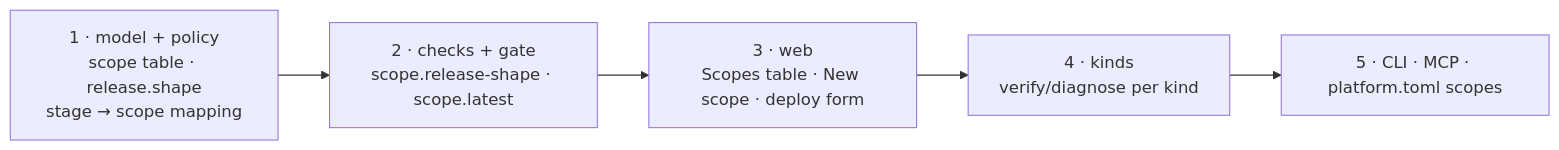
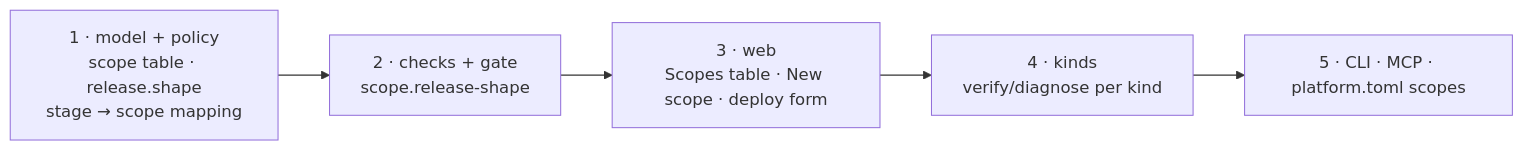
The fifth of 5 diagrams in docs/concept_scopes.md (actionplatform/action-platform), drawn with Mermaid before and after one commit. The commit also changed other lines of this file, not shown here.

Commit message:
docs(scopes): any stable release serves any scope — no latest rule

````diff
--- a/docs/concept_scopes.md
+++ b/docs/concept_scopes.md
@@ -264,7 +258,7 @@
 ```mermaid
 flowchart LR
-    S1["1 · model + policy<br/>scope table · release.shape<br/>stage → scope mapping"] --> S2["2 · checks + gate<br/>scope.release-shape · scope.latest"]
+    S1["1 · model + policy<br/>scope table · release.shape<br/>stage → scope mapping"] --> S2["2 · checks + gate<br/>scope.release-shape"]
     S2 --> S3["3 · web<br/>Scopes table · New scope · deploy form"]
     S3 --> S4["4 · kinds<br/>verify/diagnose per kind"]
     S4 --> S5["5 · CLI · MCP · platform.toml scopes"]
 ```
````
